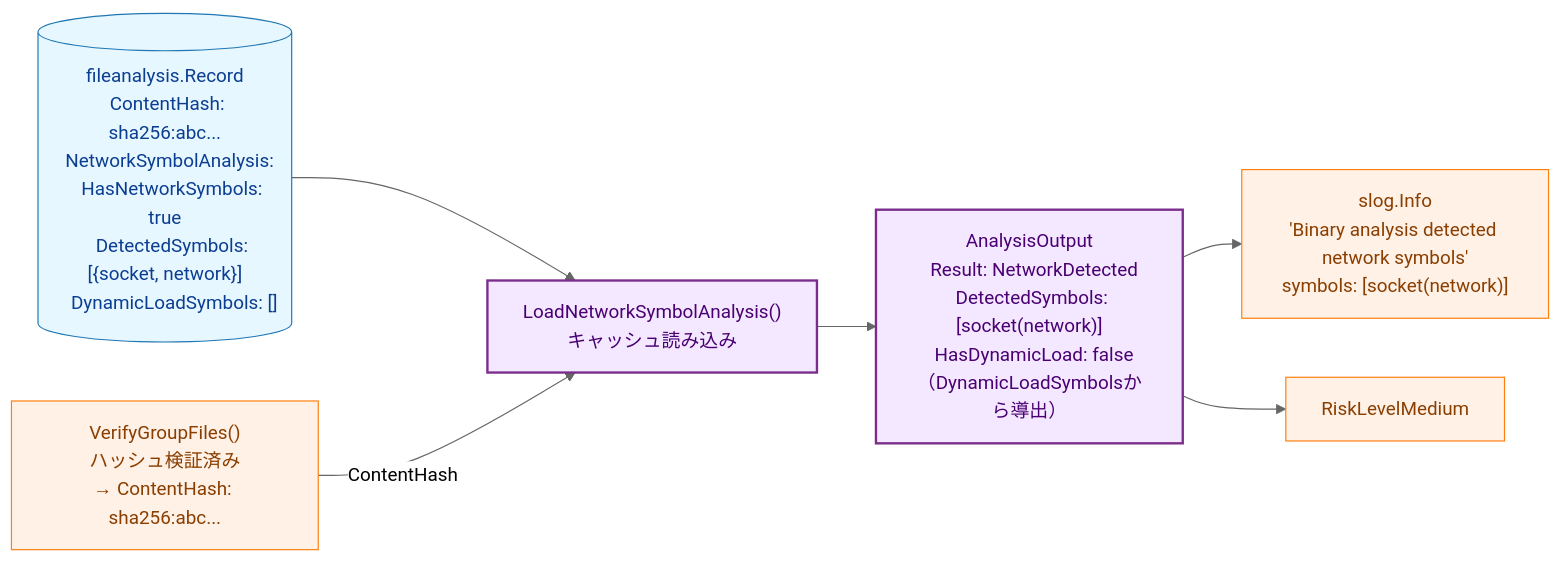
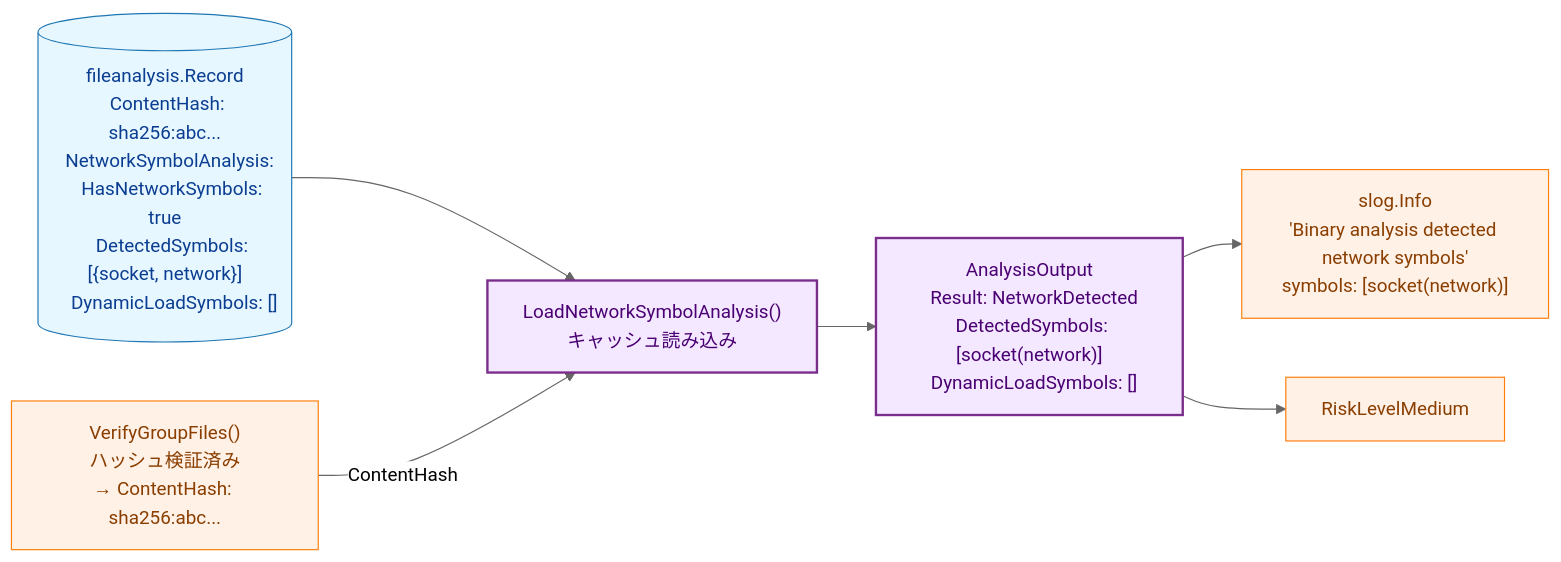
One commit to isseis/go-safe-cmd-runner changed the sixth of 6 diagrams in docs/tasks/0076_network_symbol_caching/02_architecture.md. Above: the diagram before and after it, drawn with Mermaid (neutral theme). The commit also changed other lines of this file and 2 other files, not shown here.

Commit message:
docs(0076): remove HasDynamicLoad from AnalysisOutput spec
Since schema_version is bumped to 3, backward compatibility is not
required. Remove HasDynamicLoad bool from binaryanalyzer.AnalysisOutput
and replace all usages with len(DynamicLoadSymbols) > 0.

Updated in 01_requirements.md (FR-3.2.0), 02_architecture.md (change
file list and Mermaid diagram), and 03_detailed_specification.md
(AnalysisOutput type definition in §1.1).

````diff
--- a/docs/tasks/0076_network_symbol_caching/02_architecture.md
+++ b/docs/tasks/0076_network_symbol_caching/02_architecture.md
@@ -212,23 +212,23 @@
 ```mermaid
 flowchart LR
     classDef data fill:#e6f7ff,stroke:#1f77b4,stroke-width:1px,color:#0b3d91;
     classDef process fill:#fff1e6,stroke:#ff7f0e,stroke-width:1px,color:#8a3e00;
     classDef new fill:#f3e8ff,stroke:#7b2d8b,stroke-width:2px,color:#4a0072;
 
     REC[("fileanalysis.Record<br>  ContentHash: sha256:abc...<br>  NetworkSymbolAnalysis:<br>    HasNetworkSymbols: true<br>    DetectedSymbols: [{socket, network}]<br>    DynamicLoadSymbols: []")]
     VERIFY["VerifyGroupFiles()<br>ハッシュ検証済み<br>→ ContentHash: sha256:abc..."]
     LOAD["LoadNetworkSymbolAnalysis()<br>キャッシュ読み込み"]
-    OUT["AnalysisOutput<br>  Result: NetworkDetected<br>  DetectedSymbols: [socket(network)]<br>  HasDynamicLoad: false（DynamicLoadSymbolsから導出）"]
+    OUT["AnalysisOutput<br>  Result: NetworkDetected<br>  DetectedSymbols: [socket(network)]<br>  DynamicLoadSymbols: []"]
     LOG["slog.Info<br>'Binary analysis detected network symbols'<br>symbols: [socket(network)]"]
     RISK["RiskLevelMedium"]
 
     REC --> LOAD
     VERIFY -->|"ContentHash"| LOAD
     LOAD --> OUT
     OUT --> LOG
     OUT --> RISK
 
     class REC data;
     class VERIFY,LOG,RISK process;
     class LOAD,OUT new;
 ```
````
